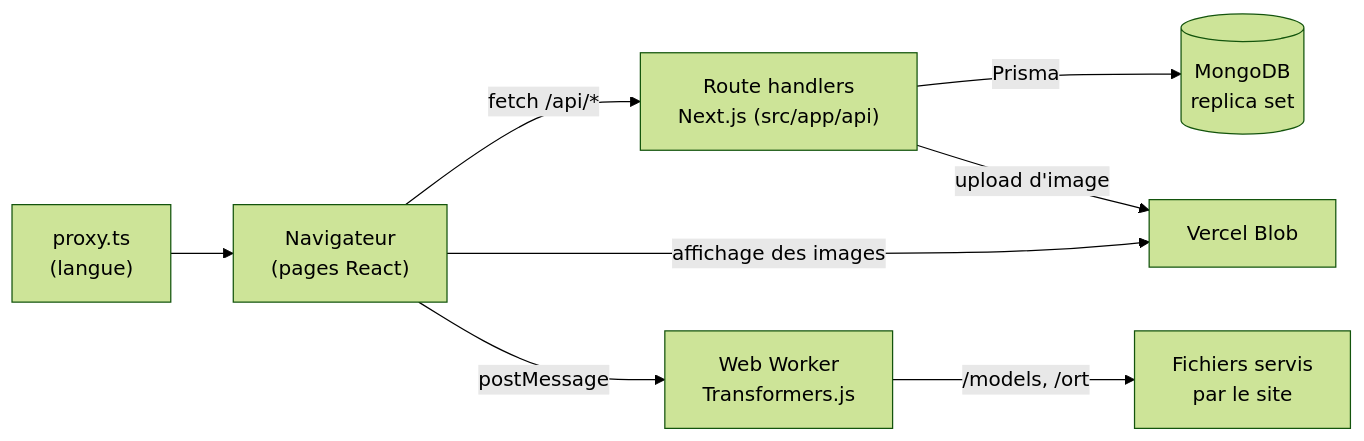
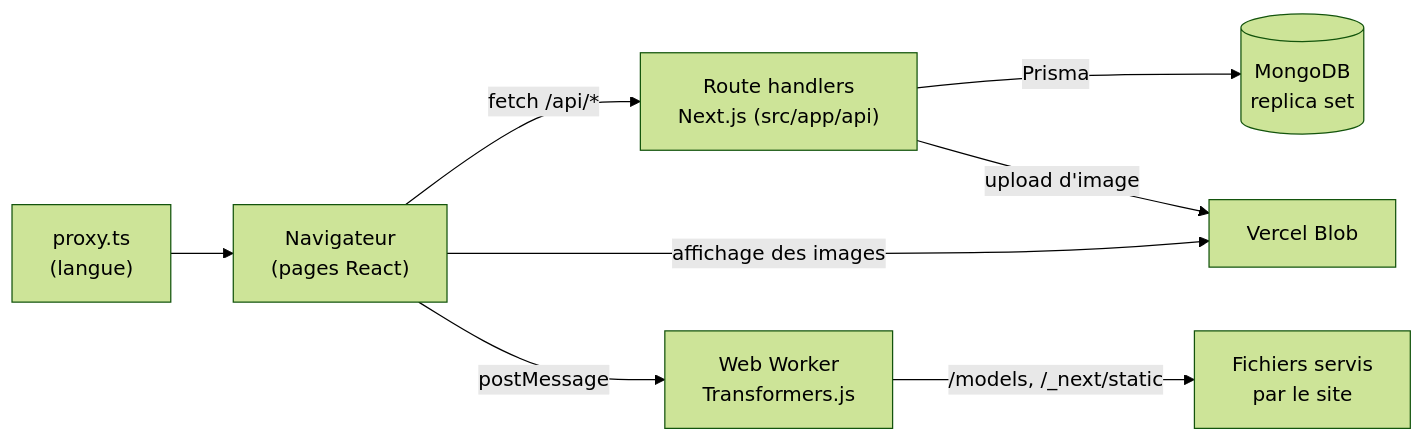
One commit to Alexandre-Gouraud/Projet-Blog-Pattes-Douces changed the second of 2 diagrams in README.md. Above: the diagram before and after it, drawn with Mermaid (forest theme). The commit also changed other lines of this file and 7 other files, not shown here.

````diff
--- a/README.md
+++ b/README.md
@@ -567,10 +567,10 @@
 ```mermaid
 flowchart LR
     P["proxy.ts<br/>(langue)"] --> B["Navigateur<br/>(pages React)"]
     B -- "fetch /api/*" --> A["Route handlers<br/>Next.js (src/app/api)"]
     A -- Prisma --> M[("MongoDB<br/>replica set")]
     A -- "upload d'image" --> V["Vercel Blob"]
     B -- "affichage des images" --> V
     B -- "postMessage" --> W["Web Worker<br/>Transformers.js"]
-    W -- "/models, /ort" --> S["Fichiers servis<br/>par le site"]
+    W -- "/models, /_next/static" --> S["Fichiers servis<br/>par le site"]
 ```
````
